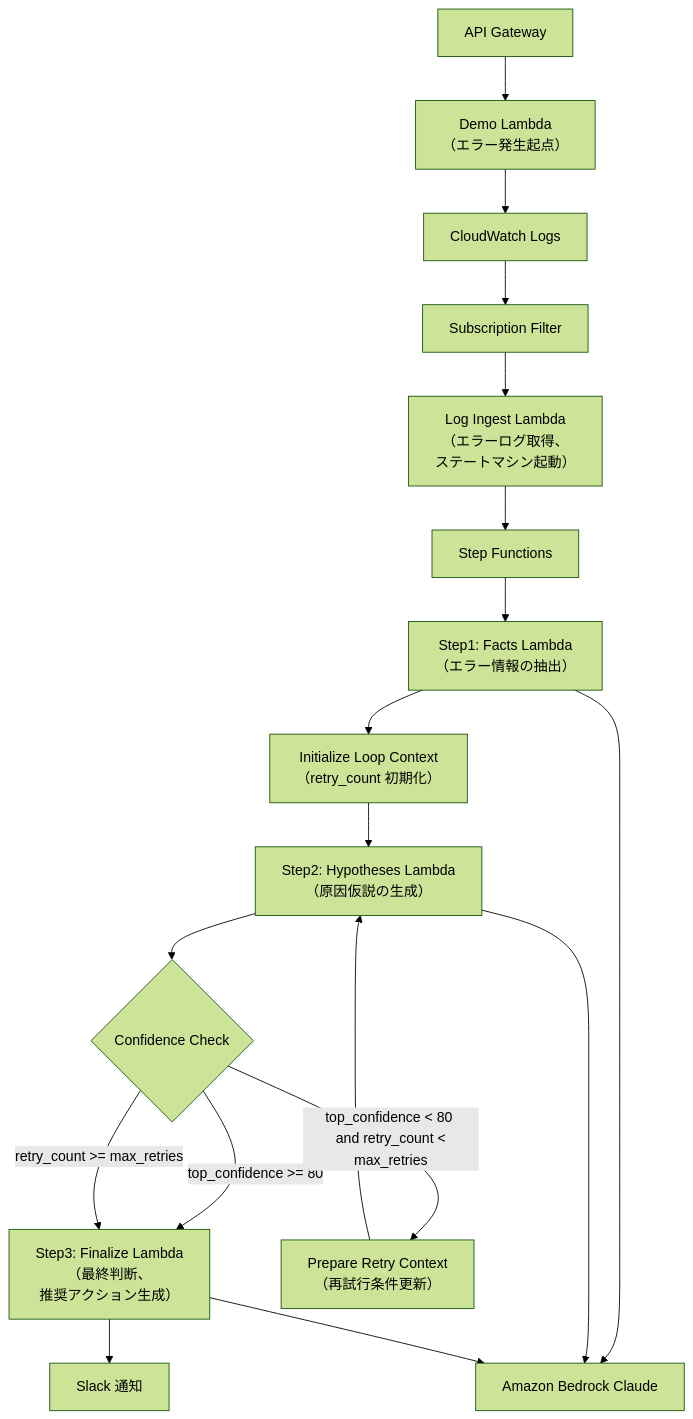
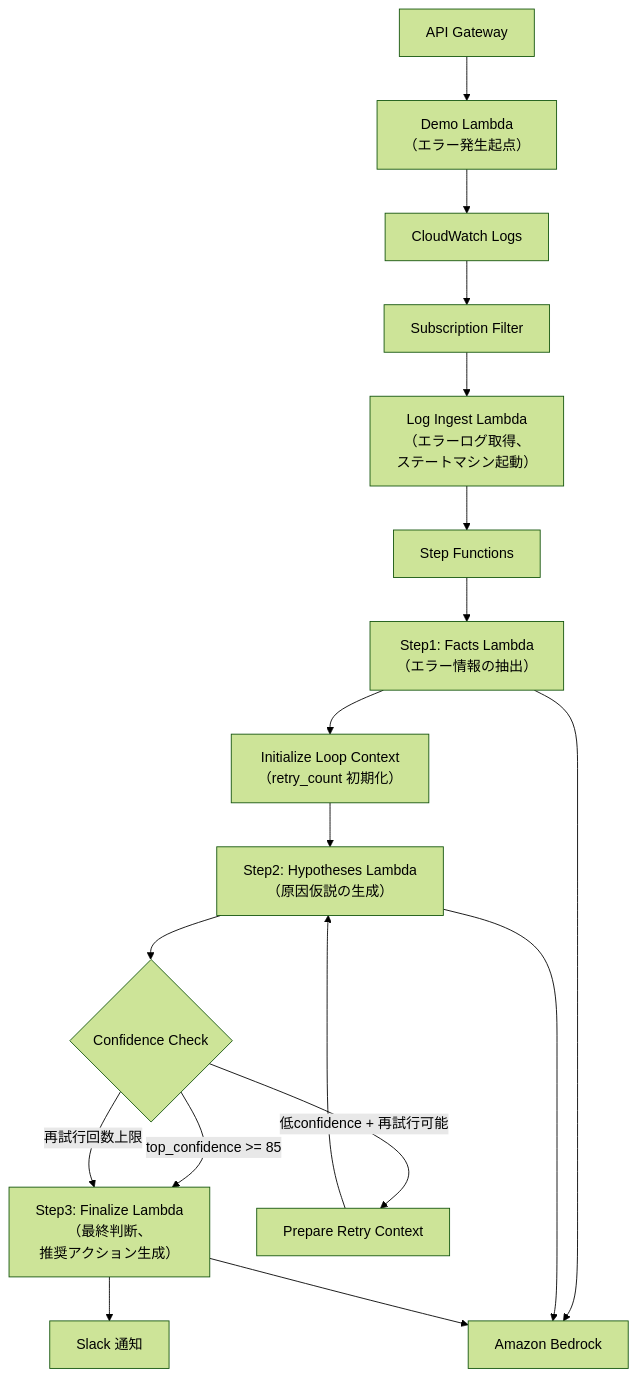
The first of 2 diagrams in README.md (Saxon-Pi/ai-sre-assistant), drawn with Mermaid (forest theme) before and after one commit. The commit also changed other lines of this file and 2 other files, not shown here.

````diff
--- a/README.md
+++ b/README.md
@@ -40,26 +40,26 @@
 ``` mermaid
 flowchart TD
 
 A[API Gateway] --> B[Demo Lambda <br>（エラー発生起点）]
 B --> C[CloudWatch Logs]
 C --> D[Subscription Filter]
 D --> E[Log Ingest Lambda <br>（エラーログ取得、<br>ステートマシン起動）]
 
 E --> F[Step Functions]
 
 F --> G[Step1: Facts Lambda <br>（エラー情報の抽出）]
 G --> H[Initialize Loop Context <br>（retry_count 初期化）]
 H --> I[Step2: Hypotheses Lambda <br>（原因仮説の生成）]
 I --> J{Confidence Check}
 
-J -->|top_confidence >= 80| K[Step3: Finalize Lambda <br>（最終判断、<br>推奨アクション生成）]
-J -->|top_confidence < 80 <br> and retry_count < max_retries| L[Prepare Retry Context <br>（再試行条件更新）]
+J -->|top_confidence >= 85| K[Step3: Finalize Lambda <br>（最終判断、<br>推奨アクション生成）]
+J -->|低confidence + 再試行可能| L[Prepare Retry Context]
 L --> I
-J -->|retry_count >= max_retries| K
+J -->|再試行回数上限| K
 
-G --> M[Amazon Bedrock Claude]
+G --> M[Amazon Bedrock]
 I --> M
 K --> M
 
 K --> N[Slack 通知]
 ```
````
